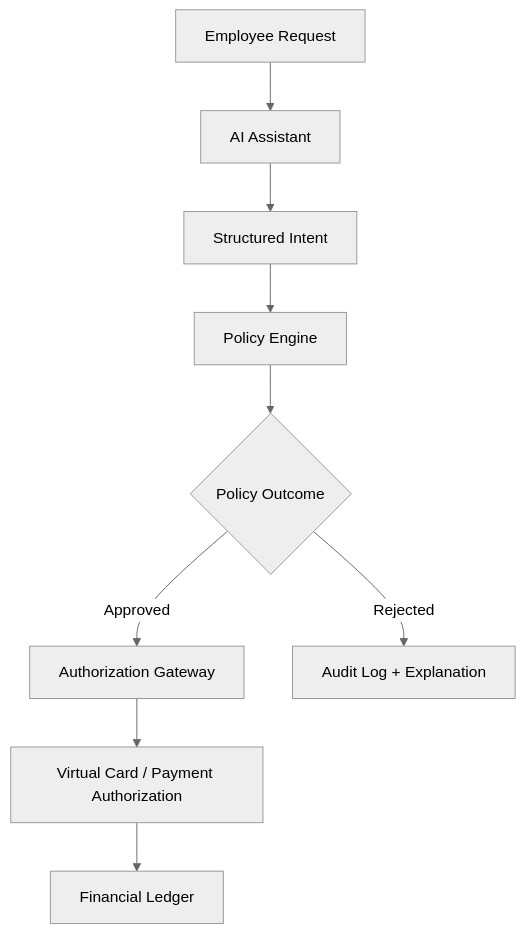
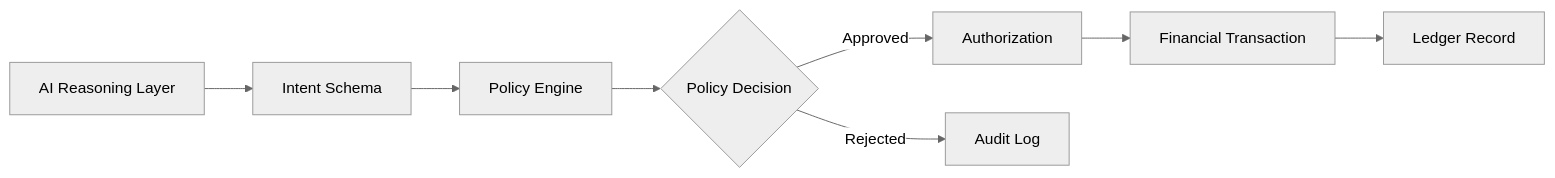
The diagram in README.md (BoAina/boaina), drawn with Mermaid (neutral theme) before and after one commit. The commit also changed other lines of this file, not shown here.

````diff
--- a/README.md
+++ b/README.md
@@ -66,11 +51,10 @@
 ```mermaid
-flowchart TD
-    User[Employee Request] --> AI[AI Assistant]
-    AI --> Intent[Structured Intent]
+flowchart LR
+    AI[AI Reasoning Layer] --> Intent[Intent Schema]
     Intent --> Policy[Policy Engine]
-    Policy --> Decision{Policy Outcome}
-    Decision -->|Approved| Auth[Authorization Gateway]
-    Auth --> Card[Virtual Card / Payment Authorization]
-    Card --> Ledger[Financial Ledger]
-    Decision -->|Rejected| Audit[Audit Log + Explanation]
+    Policy --> Decision{Policy Decision}
+    Decision -->|Approved| Auth[Authorization]
+    Auth --> Txn[Financial Transaction]
+    Txn --> Ledger[Ledger Record]
+    Decision -->|Rejected| Audit[Audit Log]
 ```
````
